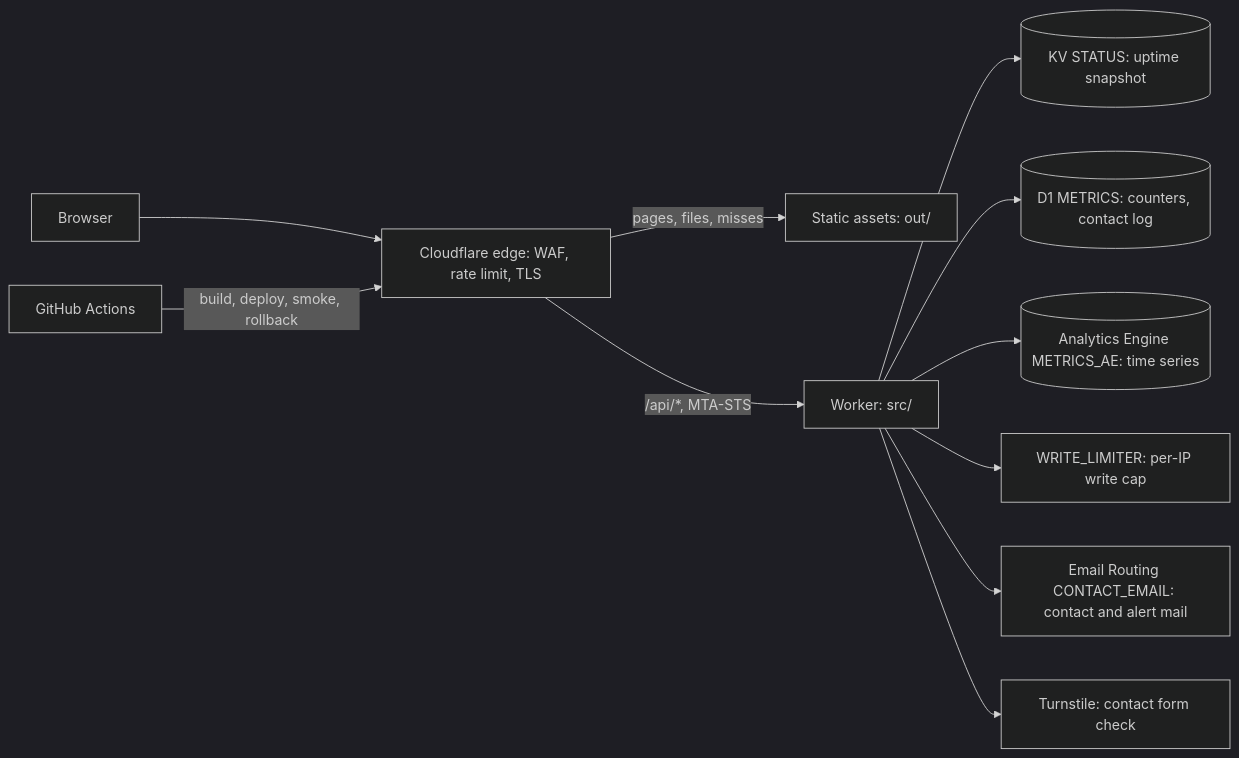
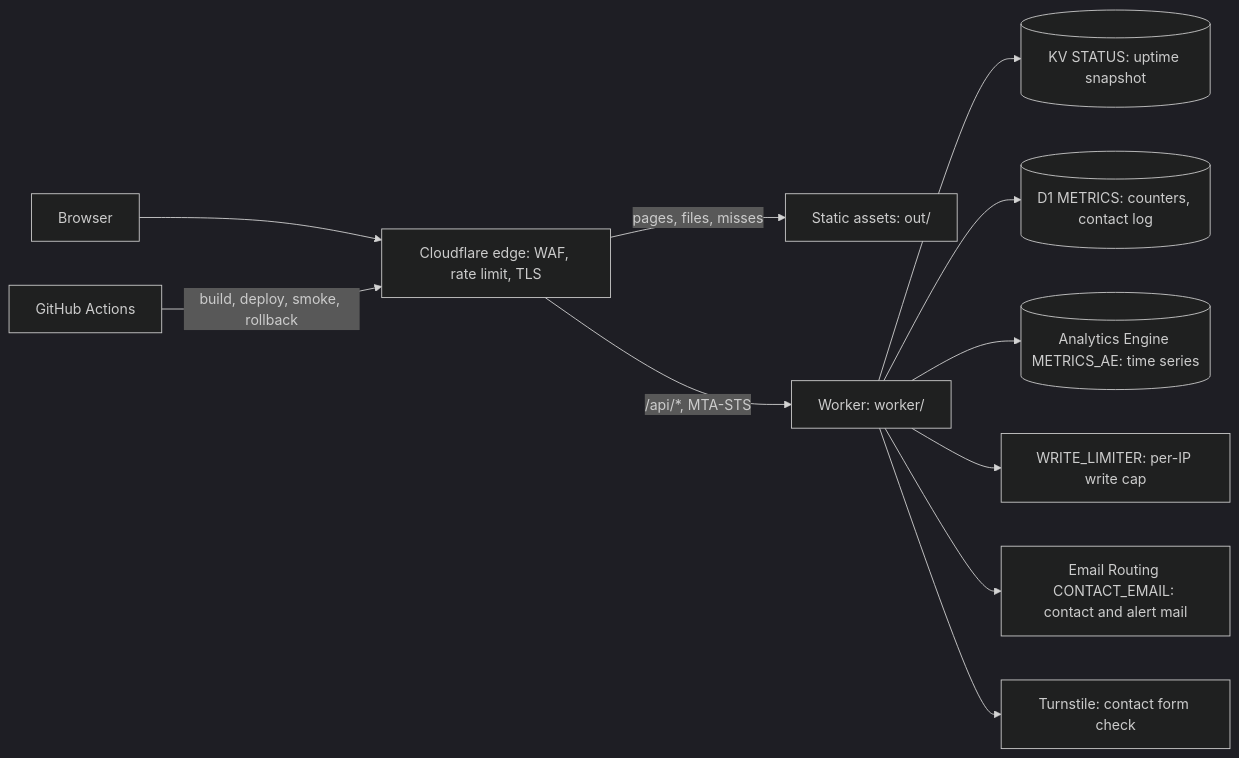
The diagram in ARCHITECTURE.md (RozDm/RozDm), drawn with Mermaid (dark theme) before and after one commit. The commit also changed other lines of this file and 79 other files, not shown here.

First line of the commit message:
refactor: rename src/ to worker/ (#31)

````diff
--- a/ARCHITECTURE.md
+++ b/ARCHITECTURE.md
@@ -8,13 +8,13 @@
 ```mermaid
 flowchart LR
   B[Browser] --> E[Cloudflare edge: WAF, rate limit, TLS]
   E -->|pages, files, misses| A[Static assets: out/]
-  E -->|/api/*, MTA-STS| W[Worker: src/]
+  E -->|/api/*, MTA-STS| W[Worker: worker/]
   W --> KV[(KV STATUS: uptime snapshot)]
   W --> D1[(D1 METRICS: counters, contact log)]
   W --> AE[(Analytics Engine METRICS_AE: time series)]
   W --> RL[WRITE_LIMITER: per-IP write cap]
   W --> M[Email Routing CONTACT_EMAIL: contact and alert mail]
   W --> T[Turnstile: contact form check]
   GH[GitHub Actions] -->|build, deploy, smoke, rollback| E
 ```
````
